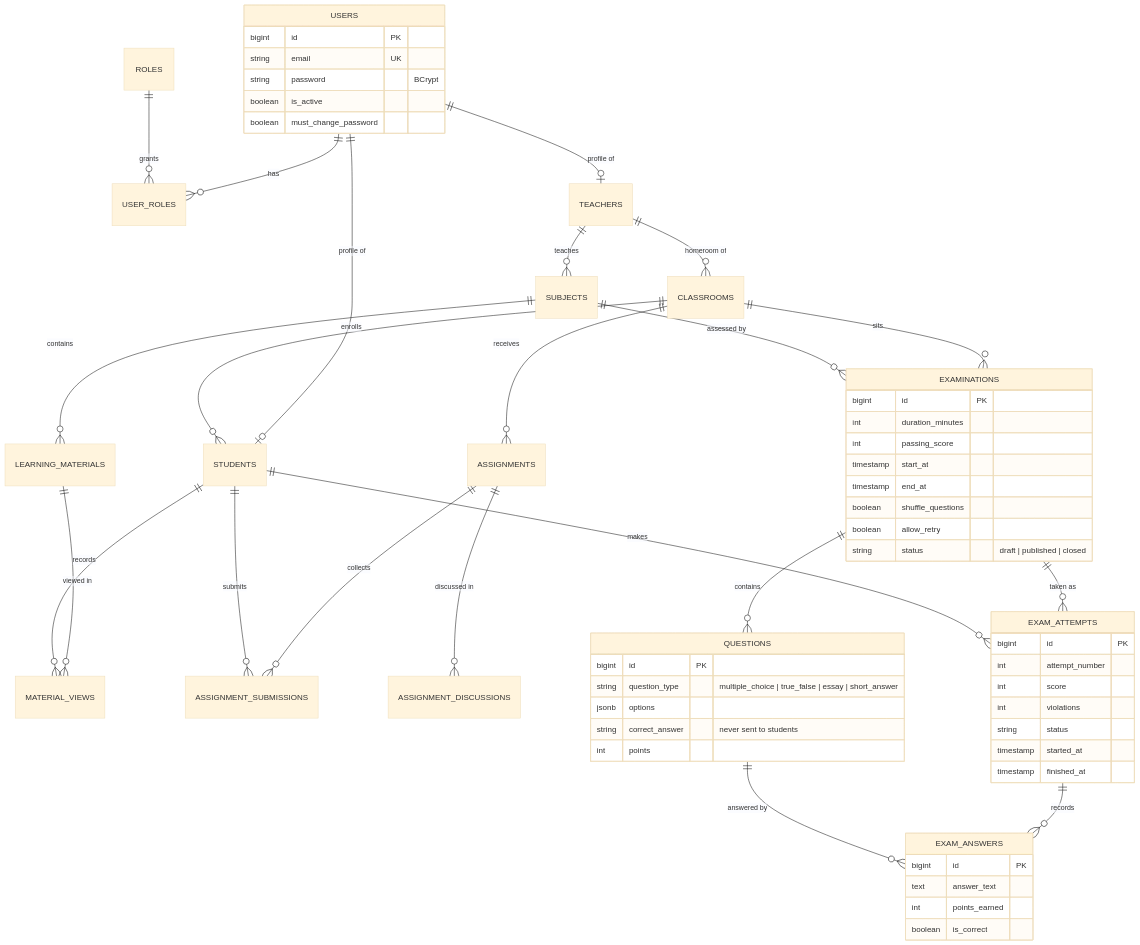
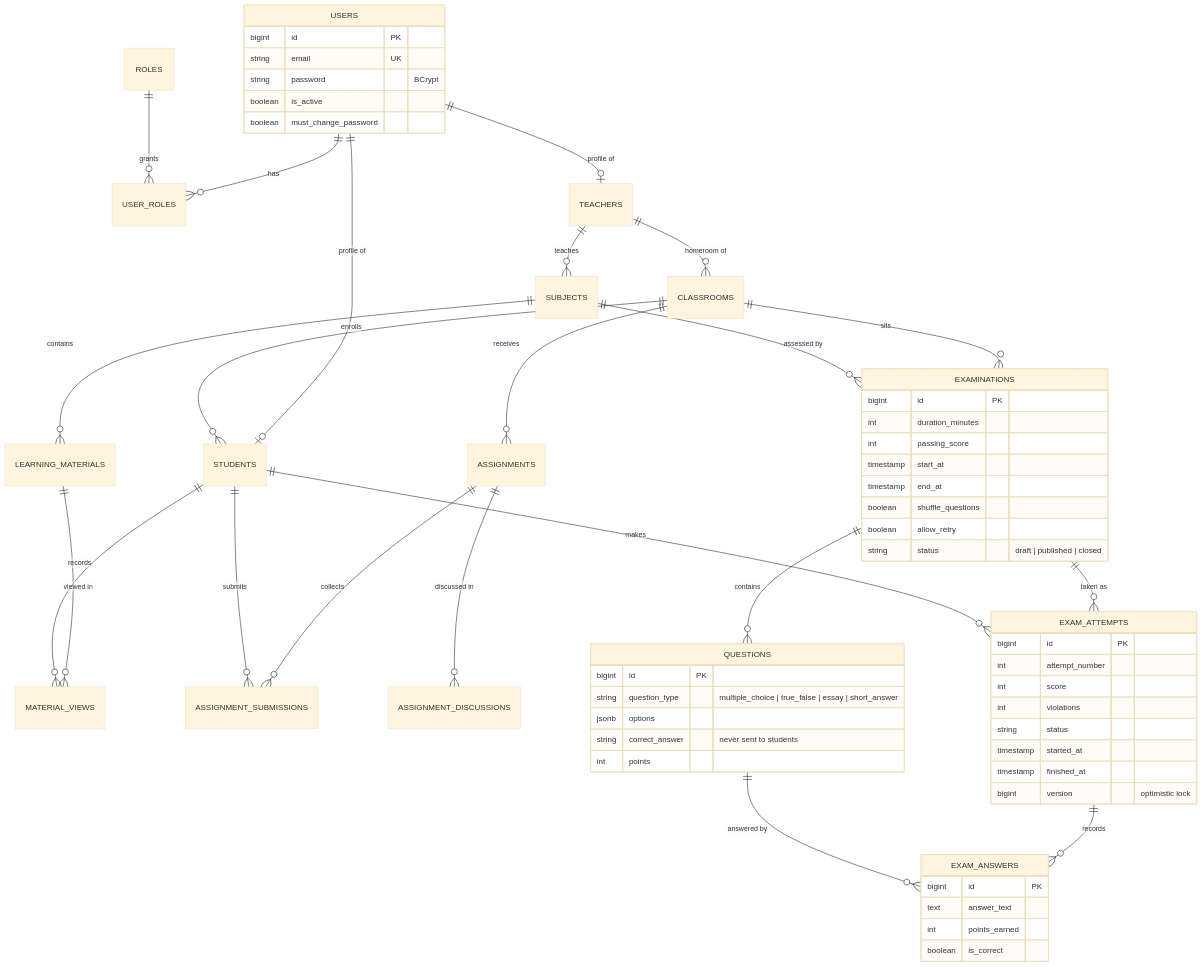
Before and after one commit to mfarim/spring-elearning-react: the second of 5 diagrams in docs/ARCHITECTURE.md, drawn with Mermaid (base theme). The commit also changed other lines of this file and 5 other files, not shown here.

Commit message:
docs: document scaling roadmap implementations and add JaCoCo test coverage in CI

````diff
--- a/docs/ARCHITECTURE.md
+++ b/docs/ARCHITECTURE.md
@@ -72,64 +72,65 @@
 ```mermaid
 erDiagram
     USERS ||--o{ USER_ROLES : has
     ROLES ||--o{ USER_ROLES : grants
     USERS ||--o| TEACHERS : "profile of"
     USERS ||--o| STUDENTS : "profile of"
     CLASSROOMS ||--o{ STUDENTS : enrolls
     TEACHERS ||--o{ CLASSROOMS : "homeroom of"
     TEACHERS ||--o{ SUBJECTS : teaches
     SUBJECTS ||--o{ LEARNING_MATERIALS : contains
     LEARNING_MATERIALS ||--o{ MATERIAL_VIEWS : "viewed in"
     STUDENTS ||--o{ MATERIAL_VIEWS : records
     CLASSROOMS ||--o{ ASSIGNMENTS : receives
     ASSIGNMENTS ||--o{ ASSIGNMENT_SUBMISSIONS : collects
     STUDENTS ||--o{ ASSIGNMENT_SUBMISSIONS : submits
     ASSIGNMENTS ||--o{ ASSIGNMENT_DISCUSSIONS : "discussed in"
     CLASSROOMS ||--o{ EXAMINATIONS : "sits"
     SUBJECTS ||--o{ EXAMINATIONS : "assessed by"
     EXAMINATIONS ||--o{ QUESTIONS : contains
     EXAMINATIONS ||--o{ EXAM_ATTEMPTS : "taken as"
     STUDENTS ||--o{ EXAM_ATTEMPTS : makes
     EXAM_ATTEMPTS ||--o{ EXAM_ANSWERS : records
     QUESTIONS ||--o{ EXAM_ANSWERS : "answered by"
 
     USERS {
         bigint id PK
         string email UK
         string password "BCrypt"
         boolean is_active
         boolean must_change_password
     }
     EXAMINATIONS {
         bigint id PK
         int duration_minutes
         int passing_score
         timestamp start_at
         timestamp end_at
         boolean shuffle_questions
         boolean allow_retry
         string status "draft | published | closed"
     }
     QUESTIONS {
         bigint id PK
         string question_type "multiple_choice | true_false | essay | short_answer"
         jsonb options
         string correct_answer "never sent to students"
         int points
     }
     EXAM_ATTEMPTS {
         bigint id PK
         int attempt_number
         int score
         int violations
         string status
         timestamp started_at
         timestamp finished_at
+        bigint version "optimistic lock"
     }
     EXAM_ANSWERS {
         bigint id PK
         text answer_text
         int points_earned
         boolean is_correct
     }
 ```
````
